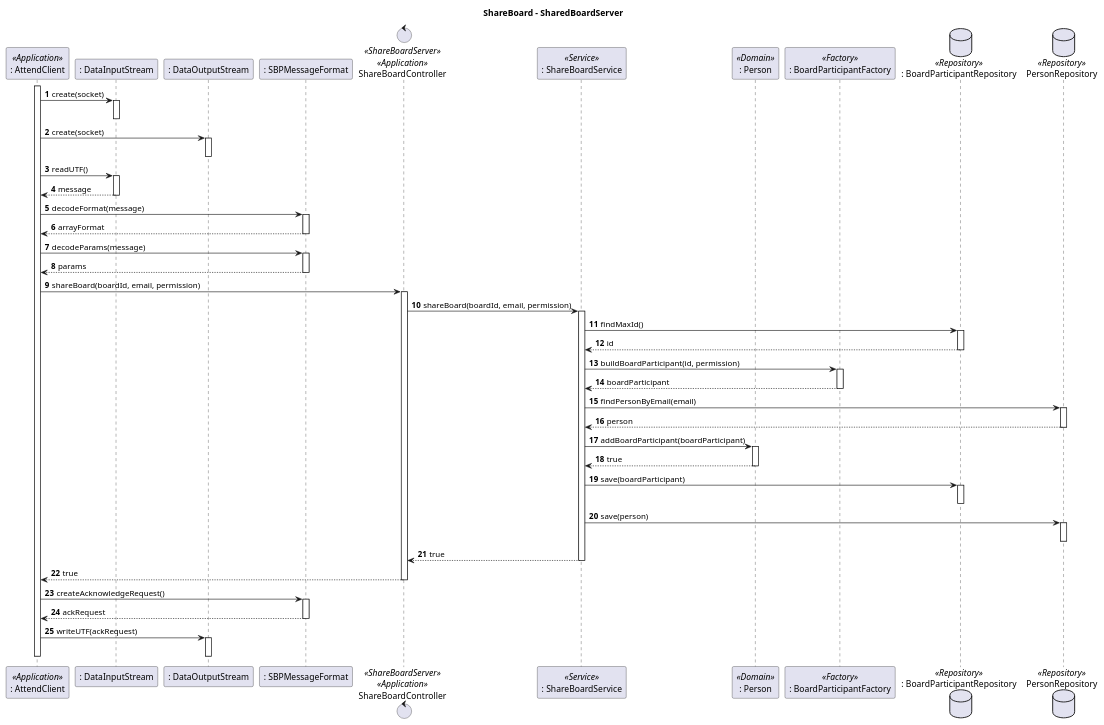
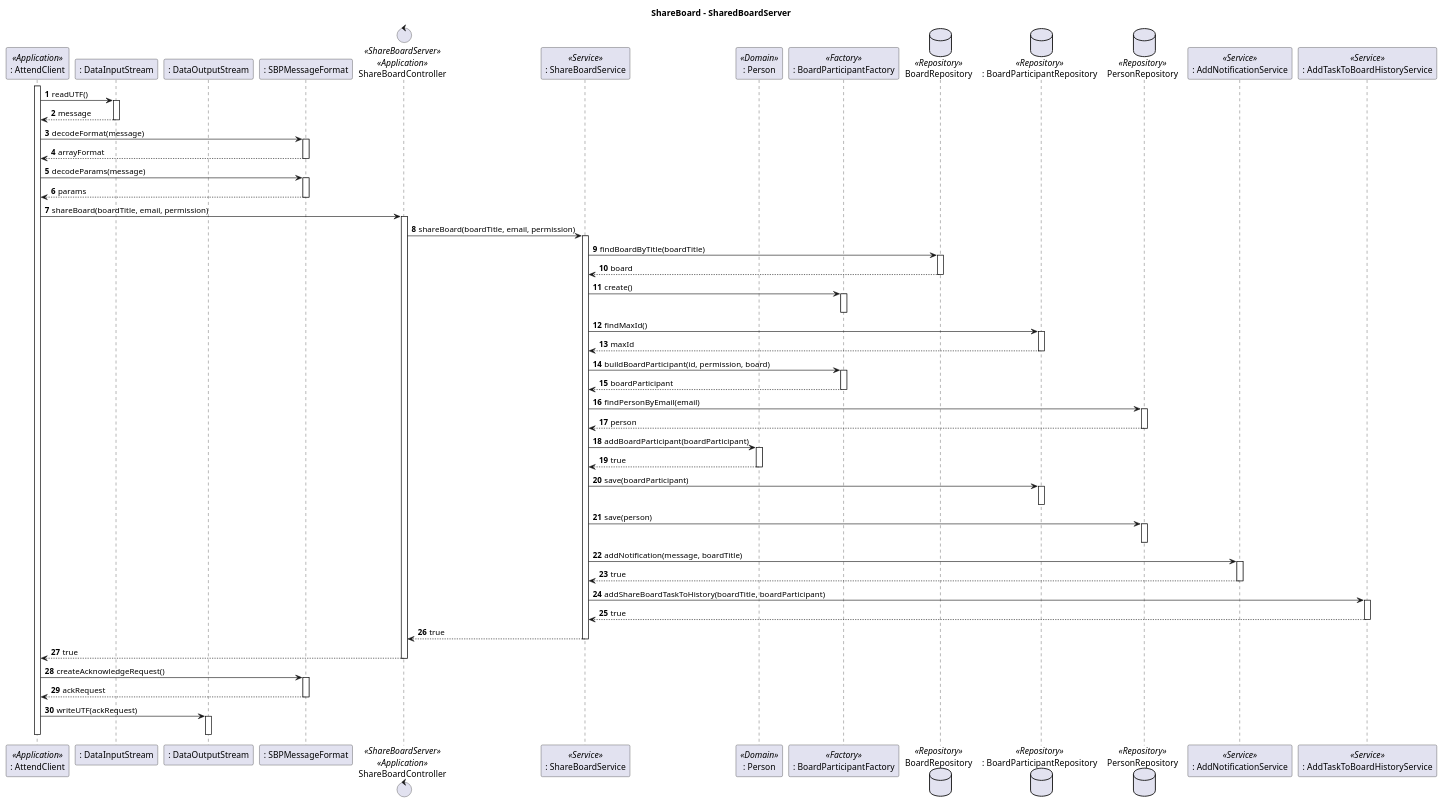
One commit to Marco-Nobrega-Andrade/sem4pi_22_23 changed the diagram in docs/Sprint_C/us_3004/us_3004_SD_SharedBoardServer.puml. Above: the diagram before and after it, drawn with PlantUML. The commit also changed 4 other files, not shown here.

```diff
--- a/docs/Sprint_C/us_3004/us_3004_SD_SharedBoardServer.puml
+++ b/docs/Sprint_C/us_3004/us_3004_SD_SharedBoardServer.puml
@@ -1,66 +1,75 @@
 @startuml
 autonumber
 title ShareBoard - SharedBoardServer
 
 participant ": AttendClient" as AC <<Application>>
 participant ": DataInputStream" as DIS
 participant ": DataOutputStream" as DOS
 participant ": SBPMessageFormat" as SBPMF
 control "ShareBoardController" as CTRL <<ShareBoardServer>> <<Application>>
 participant ": ShareBoardService" as SBS <<Service>>
 participant ": Person" as P <<Domain>>
 participant ": BoardParticipantFactory" as BPF <<Factory>>
+database BoardRepository as BR <<Repository>>
 database ": BoardParticipantRepository" as BPR <<Repository>>
 database PersonRepository as PR <<Repository>>
+participant ": AddNotificationService" as ANS <<Service>>
+participant ": AddTaskToBoardHistoryService" as ATTBHS <<Service>>
 activate AC
-AC -> DIS : create(socket)
-activate DIS
-deactivate DIS
-AC -> DOS : create(socket)
-activate DOS
-deactivate DOS
 AC -> DIS : readUTF()
 activate DIS
 return message
 AC -> SBPMF : decodeFormat(message)
 activate SBPMF
 return arrayFormat
 AC -> SBPMF : decodeParams(message)
 activate SBPMF
 return params
-AC -> CTRL : shareBoard(boardId, email, permission)
+AC -> CTRL : shareBoard(boardTitle, email, permission)
 activate CTRL
-CTRL -> SBS : shareBoard(boardId, email, permission)
+CTRL -> SBS : shareBoard(boardTitle, email, permission)
 activate SBS
+SBS -> BR : findBoardByTitle(boardTitle)
+activate BR
+return board
+SBS -> BPF : create()
+activate BPF
+deactivate BPF
 SBS -> BPR : findMaxId()
 activate BPR
-return id
-SBS -> BPF : buildBoardParticipant(id, permission)
+return maxId
+SBS -> BPF : buildBoardParticipant(id, permission, board)
 activate BPF
 return boardParticipant
 SBS -> PR : findPersonByEmail(email)
 activate PR
-PR --> SBS : person
+return person
 deactivate PR
 SBS -> P : addBoardParticipant(boardParticipant)
 activate P
 return true
 SBS -> BPR : save(boardParticipant)
 activate BPR
 deactivate BPR
 SBS -> PR : save(person)
 activate PR
 deactivate PR
+SBS -> ANS : addNotification(message, boardTitle)
+activate ANS
+return true
+SBS -> ATTBHS : addShareBoardTaskToHistory(boardTitle, boardParticipant)
+activate ATTBHS
+return true
 SBS --> CTRL : true
 deactivate SBS
 CTRL --> AC : true
 deactivate CTRL
 AC -> SBPMF : createAcknowledgeRequest()
 activate SBPMF
 return ackRequest
 AC -> DOS : writeUTF(ackRequest)
 activate DOS
 deactivate DOS
 deactivate AC
 
 @enduml
```
